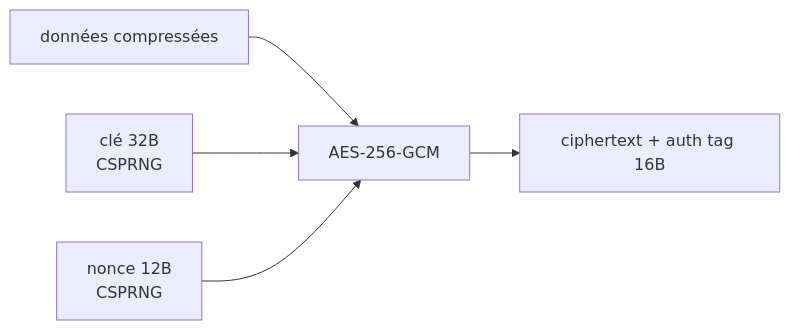
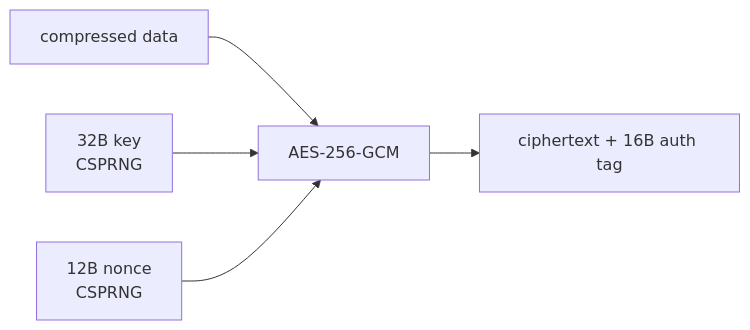
One commit to Xor290/C2-XOR changed the fourth of 18 diagrams in packer/DOCUMENTATION.md. Above: the diagram before and after it, drawn with Mermaid. The commit also changed other lines of this file, not shown here.

````diff
--- a/packer/DOCUMENTATION.md
+++ b/packer/DOCUMENTATION.md
@@ -74,7 +78,7 @@
 ```mermaid
 flowchart LR
-    A[données compressées] --> C[AES-256-GCM]
-    B1[clé 32B\nCSPRNG] --> C
-    B2[nonce 12B\nCSPRNG] --> C
-    C --> D[ciphertext + auth tag 16B]
+    A[compressed data] --> C[AES-256-GCM]
+    B1[32B key\nCSPRNG] --> C
+    B2[12B nonce\nCSPRNG] --> C
+    C --> D[ciphertext + 16B auth tag]
 ```
````
